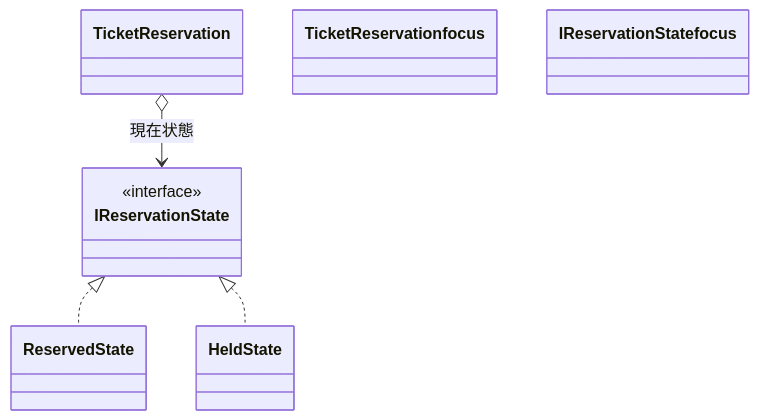
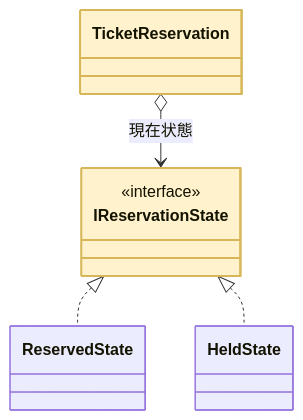
One commit to kumachan1101-pixel/DesignPattern changed the tenth of 22 diagrams in kindle/design-patterns/output/chapter03.md. Above: the diagram before and after it, drawn with Mermaid. The commit also changed other lines of this file and 15 other files, not shown here.

First line of the commit message:
全章classDiagram: phantom浮きクラスを生む着色構文 class X focus を :::focus へ修正（103箇所）

````diff
--- a/kindle/design-patterns/output/chapter03.md
+++ b/kindle/design-patterns/output/chapter03.md
@@ -1282,13 +1282,13 @@
 ```mermaid
 classDiagram
     class TicketReservation
     class IReservationState { <<interface>> }
     class ReservedState
     class HeldState
     TicketReservation o--> IReservationState : 現在状態
     IReservationState <|.. ReservedState
     IReservationState <|.. HeldState
-    class TicketReservation focus
-    class IReservationState focus
+    class TicketReservation:::focus
+    class IReservationState:::focus
     classDef focus fill:#FFF2CC,stroke:#D6B656,stroke-width:2px
 ```
````
